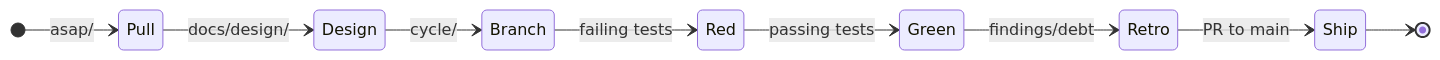
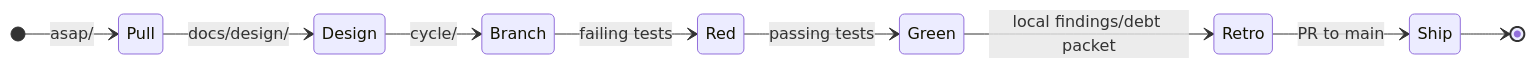
Before and after one commit to flyingrobots/graft: the diagram in METHOD.md, drawn with Mermaid. The commit also changed other lines of this file and 2 other files, not shown here.

Commit message:
docs: require local retro before pull requests

````diff
--- a/METHOD.md
+++ b/METHOD.md
@@ -39,12 +39,12 @@
 ```mermaid
 stateDiagram-v2
     direction LR
     [*] --> Pull: asap/
     Pull --> Design: docs/design/
     Design --> Branch: cycle/
     Branch --> Red: failing tests
     Red --> Green: passing tests
-    Green --> Retro: findings/debt
+    Green --> Retro: local findings/debt packet
     Retro --> Ship: PR to main
     Ship --> [*]
 ```
````
